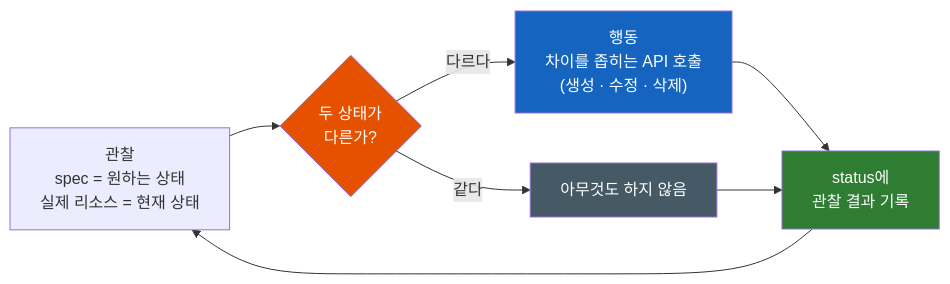
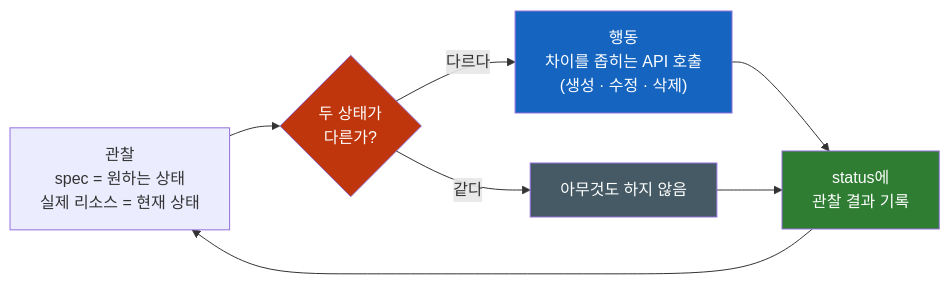
One commit to sskim91/TIL changed the second of 3 diagrams in kubernetes/Kubernetes-CRD-Controller-Operator.md. Above: the diagram before and after it, drawn with Mermaid. The commit also changed other lines of this file and 39 other files, not shown here.

````diff
--- a/kubernetes/Kubernetes-CRD-Controller-Operator.md
+++ b/kubernetes/Kubernetes-CRD-Controller-Operator.md
@@ -141,13 +154,13 @@
 ```mermaid
 flowchart LR
     obs["관찰<br>spec = 원하는 상태<br>실제 리소스 = 현재 상태"] --> cmp{"두 상태가<br>다른가?"}
     cmp -->|"다르다"| act["행동<br>차이를 좁히는 API 호출<br>(생성 · 수정 · 삭제)"]
     cmp -->|"같다"| noop["아무것도 하지 않음"]
     act --> st["status에<br>관찰 결과 기록"]
     noop --> st
     st --> obs
-    style cmp fill:#E65100,color:#fff
+    style cmp fill:#BF360C,color:#fff
     style act fill:#1565C0,color:#fff
     style noop fill:#455A64,color:#fff
     style st fill:#2E7D32,color:#fff
 ```
````
